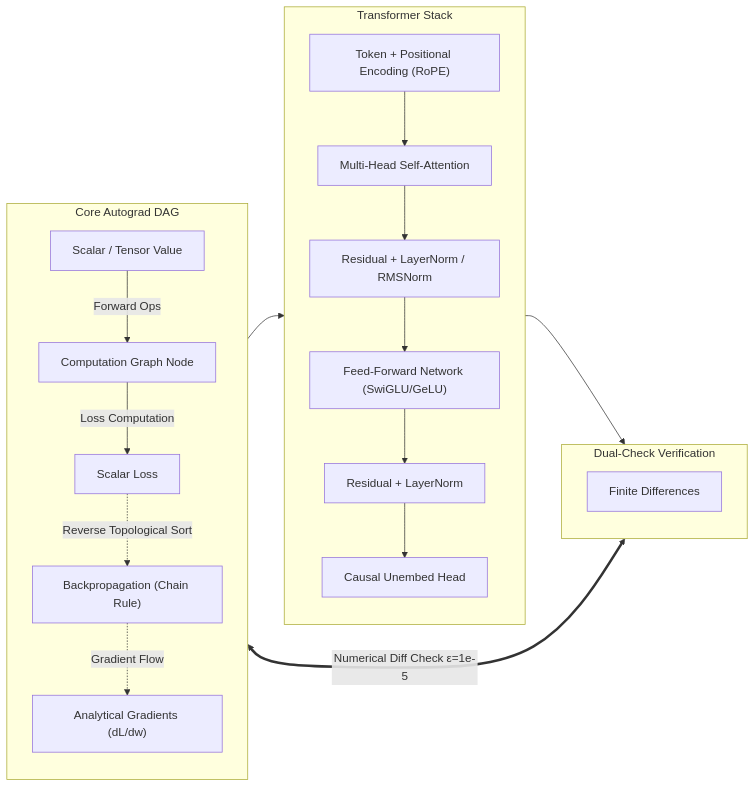
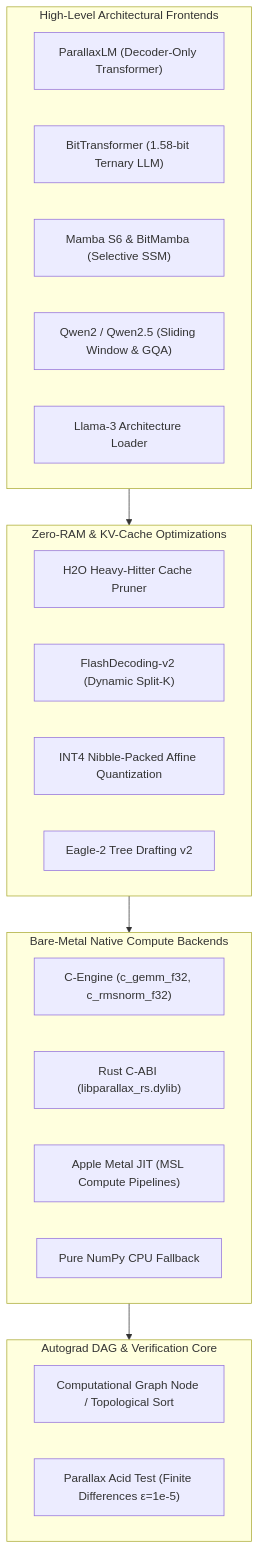
Before and after one commit to gokselozgur5/parallax-core: the first of 2 diagrams in README.md, drawn with Mermaid. The commit also changed other lines of this file and 52 other files, not shown here.

Commit message:
feat(swarm): Phase 2 Bare-Metal Compute, BitMamba, BitTransformer, INT4 and Qwen2.5/Llama3 Loaders

````diff
--- a/README.md
+++ b/README.md
@@ -10,27 +12,33 @@
 ```mermaid
-flowchart LR
-    subgraph Engine ["Core Autograd DAG"]
-        direction TB
-        V1["Scalar / Tensor Value"] -->|Forward Ops| OP["Computation Graph Node"]
-        OP -->|Loss Computation| L["Scalar Loss"]
-        L -.->|Reverse Topological Sort| BP["Backpropagation (Chain Rule)"]
-        BP -.->|Gradient Flow| G["Analytical Gradients (dL/dw)"]
+flowchart TD
+    subgraph Frontends ["High-Level Architectural Frontends"]
+        LLM["ParallaxLM (Decoder-Only Transformer)"]
+        BT["BitTransformer (1.58-bit Ternary LLM)"]
+        MAMBA["Mamba S6 & BitMamba (Selective SSM)"]
+        QWEN["Qwen2 / Qwen2.5 (Sliding Window & GQA)"]
+        LLAMA["Llama-3 Architecture Loader"]
     end
 
-    subgraph Verification ["Dual-Check Verification"]
-        direction TB
-        G <==>|Numerical Diff Check ε=1e-5| FD["Finite Differences"]
+    subgraph MemoryOpt ["Zero-RAM & KV-Cache Optimizations"]
+        H2O["H2O Heavy-Hitter Cache Pruner"]
+        FD2["FlashDecoding-v2 (Dynamic Split-K)"]
+        INT4["INT4 Nibble-Packed Affine Quantization"]
+        EAGLE["Eagle-2 Tree Drafting v2"]
     end
 
-    subgraph Architecture ["Transformer Stack"]
-        direction TB
-        TOK["Token + Positional Encoding (RoPE)"] --> MHA["Multi-Head Self-Attention"]
-        MHA --> RES1["Residual + LayerNorm / RMSNorm"]
-        RES1 --> FFN["Feed-Forward Network (SwiGLU/GeLU)"]
-        FFN --> RES2["Residual + LayerNorm"]
-        RES2 --> PROJ["Causal Unembed Head"]
+    subgraph Kernels ["Bare-Metal Native Compute Backends"]
+        C_ENG["C-Engine (c_gemm_f32, c_rmsnorm_f32)"]
+        RS_ENG["Rust C-ABI (libparallax_rs.dylib)"]
+        METAL["Apple Metal JIT (MSL Compute Pipelines)"]
+        PY_NUMPY["Pure NumPy CPU Fallback"]
     end
 
-    Engine --> Architecture
-    Architecture --> Verification
+    subgraph Engine ["Autograd DAG & Verification Core"]
+        DAG["Computational Graph Node / Topological Sort"]
+        ACID["Parallax Acid Test (Finite Differences ε=1e-5)"]
+    end
+
+    Frontends --> MemoryOpt
+    MemoryOpt --> Kernels
+    Kernels --> Engine
 ```
````
